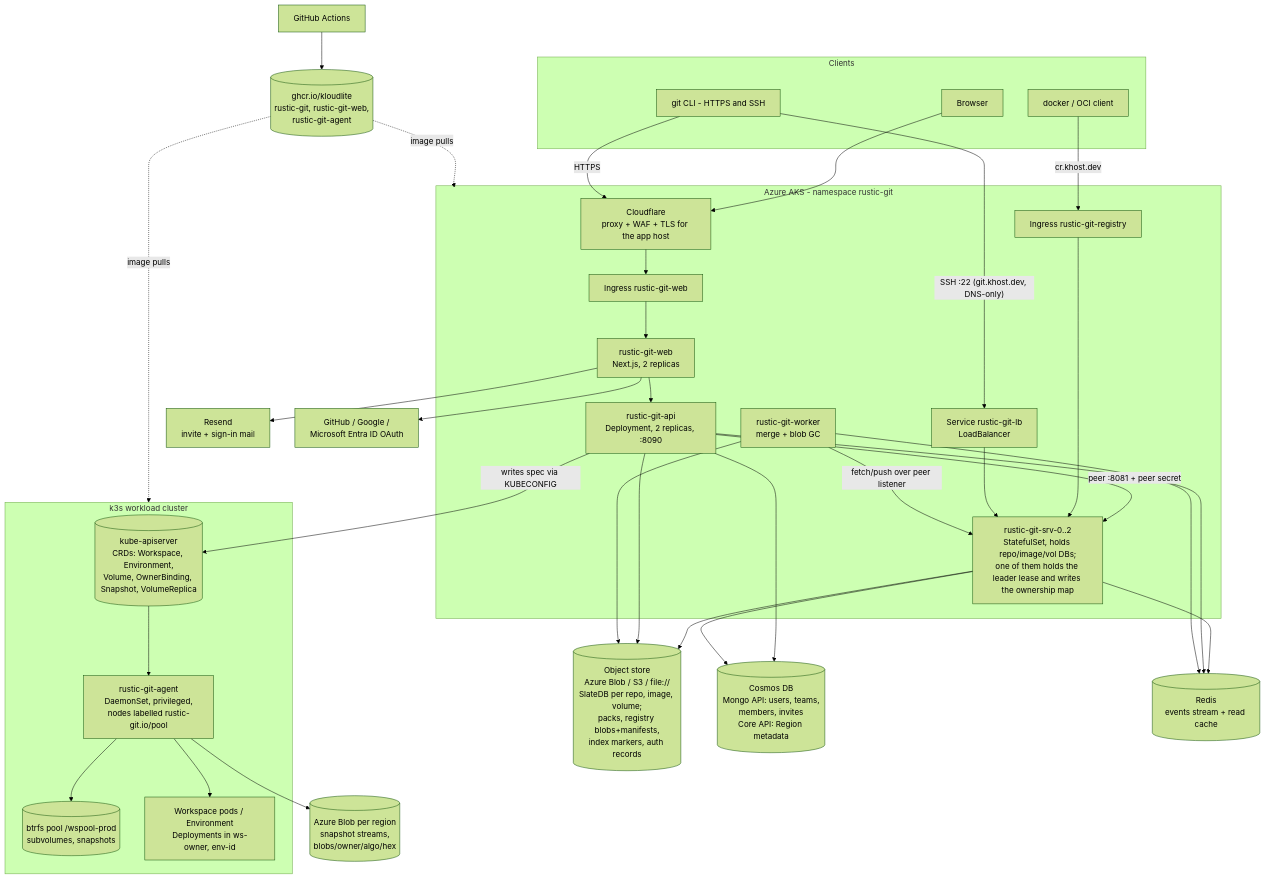
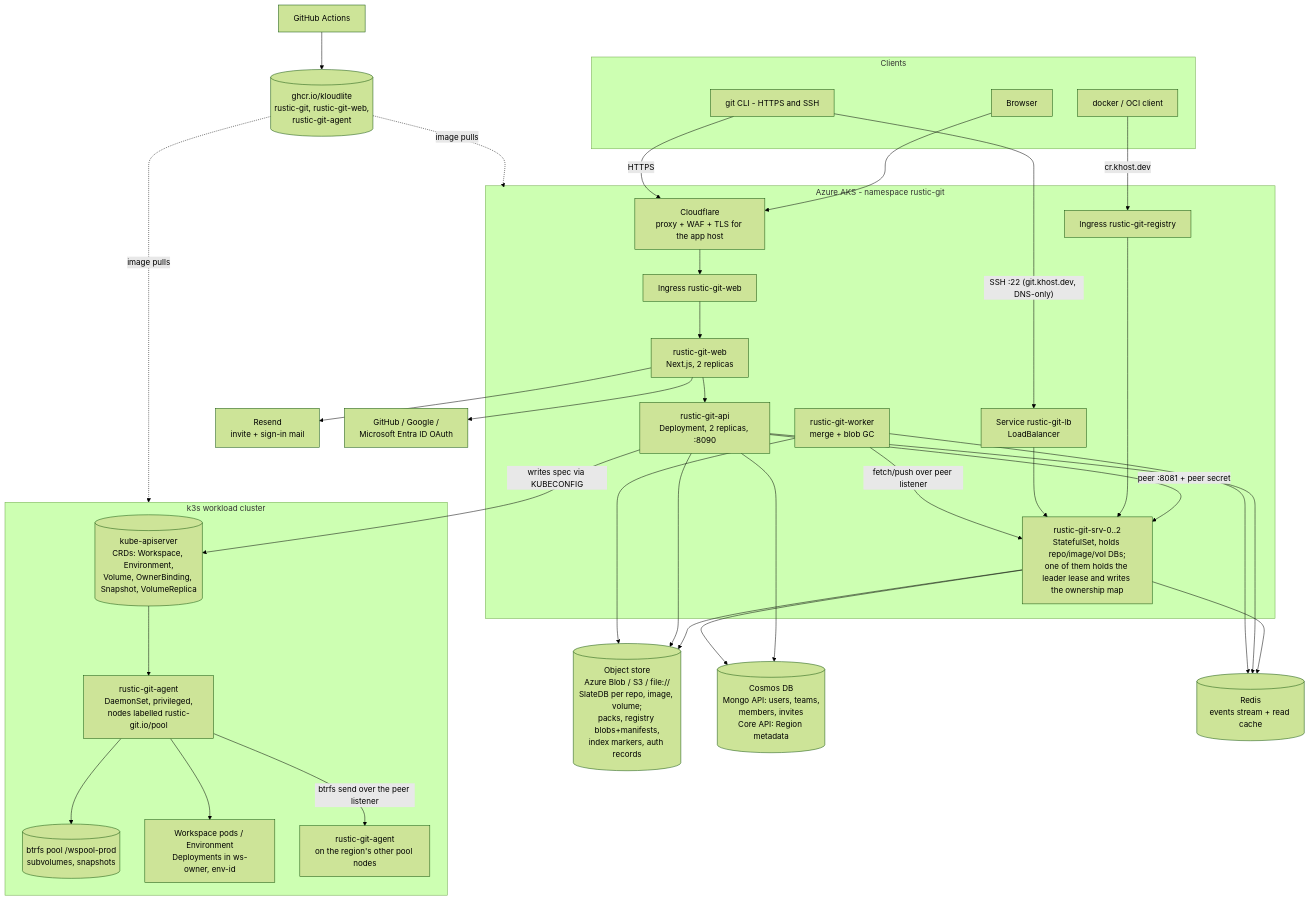
One commit to kloudlite/rustic-git changed the diagram in README.md. Above: the diagram before and after it, drawn with Mermaid (forest theme). The commit also changed other lines of this file and 2 other files, not shown here.

First line of the commit message:
Retire the agent's Azure dependency from the prose

````diff
--- a/README.md
+++ b/README.md
@@ -14,63 +14,62 @@
 ```mermaid
 flowchart TB
   subgraph clients[Clients]
     U[Browser]
     G[git CLI - HTTPS and SSH]
     D[docker / OCI client]
   end
 
   CF[Cloudflare<br/>proxy + WAF + TLS for the app host]
   U --> CF
   G -- HTTPS --> CF
   G -- "SSH :22 (git.khost.dev, DNS-only)" --> LB[Service rustic-git-lb<br/>LoadBalancer]
   D -- "cr.khost.dev" --> INGR
 
   subgraph aks[Azure AKS - namespace rustic-git]
     CF --> INGW[Ingress rustic-git-web]
     INGR[Ingress rustic-git-registry]
     INGW --> WEB[rustic-git-web<br/>Next.js, 2 replicas]
     WEB --> API[rustic-git-api<br/>Deployment, 2 replicas, :8090]
     API -- "peer :8081 + peer secret" --> SRV
     INGR --> SRV
     LB --> SRV
     SRV[rustic-git-srv-0..2<br/>StatefulSet, holds repo/image/vol DBs;<br/>one of them holds the leader lease and writes the ownership map]
     WRK[rustic-git-worker<br/>merge + blob GC]
     WRK -- "fetch/push over peer listener" --> SRV
   end
 
   subgraph k3s[k3s workload cluster]
     APIS[(kube-apiserver<br/>CRDs: Workspace, Environment,<br/>Volume, OwnerBinding, Snapshot, VolumeReplica)]
     AG[rustic-git-agent<br/>DaemonSet, privileged,<br/>nodes labelled rustic-git.io/pool]
     POOL[(btrfs pool /wspool-prod<br/>subvolumes, snapshots)]
     PODS[Workspace pods / Environment<br/>Deployments in ws-owner, env-id]
     APIS --> AG
     AG --> POOL
     AG --> PODS
+    AG -- "btrfs send over the peer listener" --> AG2[rustic-git-agent<br/>on the region's other pool nodes]
   end
 
   API -- "writes spec via KUBECONFIG" --> APIS
 
   OS[(Object store<br/>Azure Blob / S3 / file://<br/>SlateDB per repo, image, volume;<br/>packs, registry blobs+manifests,<br/>index markers, auth records)]
   COS[(Cosmos DB<br/>Mongo API: users, teams,<br/>members, invites<br/>Core API: Region metadata)]
   RED[(Redis<br/>events stream + read cache)]
-  AZB[(Azure Blob per region<br/>snapshot streams,<br/>blobs/owner/algo/hex)]
 
   SRV --> OS
   API --> OS
   WRK --> OS
   SRV --> RED
   API --> RED
   WRK --> RED
   API --> COS
   SRV --> COS
-  AG --> AZB
 
   RES[Resend<br/>invite + sign-in mail]
   OAUTH[GitHub / Google /<br/>Microsoft Entra ID OAuth]
   WEB --> RES
   WEB --> OAUTH
 
   GH[GitHub Actions] --> GHCR[(ghcr.io/kloudlite<br/>rustic-git, rustic-git-web,<br/>rustic-git-agent)]
   GHCR -.image pulls.-> aks
   GHCR -.image pulls.-> k3s
 ```
````
